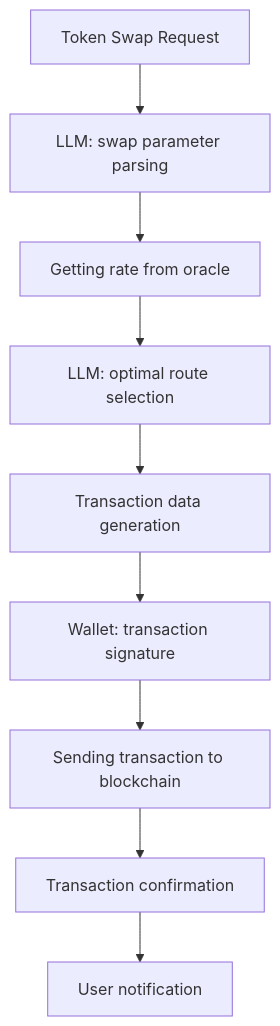
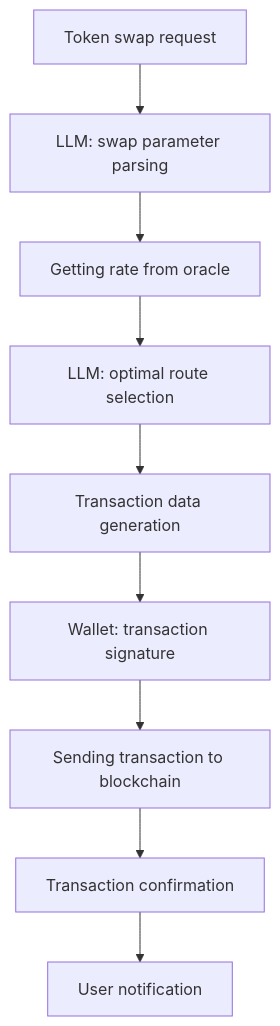
One commit to all-mute/learn-agents changed the tenth of 12 diagrams in cognitive-book/docs/junior/_workflows-examples-p2.mdx. Above: the diagram before and after it, drawn with Mermaid. The commit also changed other lines of this file and 93 other files, not shown here.

````diff
--- a/cognitive-book/docs/junior/_workflows-examples-p2.mdx
+++ b/cognitive-book/docs/junior/_workflows-examples-p2.mdx
@@ -542,11 +542,11 @@
 ```mermaid
 flowchart TD
-    UserRequest[Token Swap Request] --> Parse[LLM: swap parameter parsing]
+    UserRequest[Token swap request] --> Parse[LLM: swap parameter parsing]
     Parse --> Price[Getting rate from oracle]
     Price --> LLMRoute[LLM: optimal route selection]
     LLMRoute --> TxGen[Transaction data generation]
     TxGen --> Sign[Wallet: transaction signature]
     Sign --> SendChain[Sending transaction to blockchain]
     SendChain --> ConfirmTx[Transaction confirmation]
     ConfirmTx --> Notify[User notification]
 ```
````
